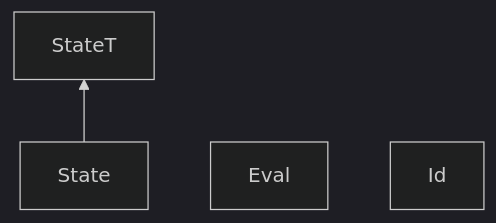
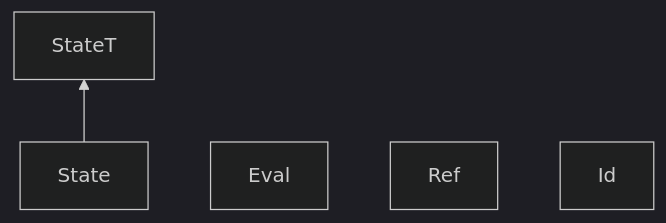
The second of 3 diagrams in README.md (lamdalib/kuram), drawn with Mermaid (dark theme) before and after one commit. The commit also changed other lines of this file, not shown here.

Commit message:
docs: add Ref data type

````diff
--- a/README.md
+++ b/README.md
@@ -173,6 +173,7 @@
 ```mermaid
 flowchart BT
     State --> StateT
     Eval
+    Ref
     Id
 ```
````
